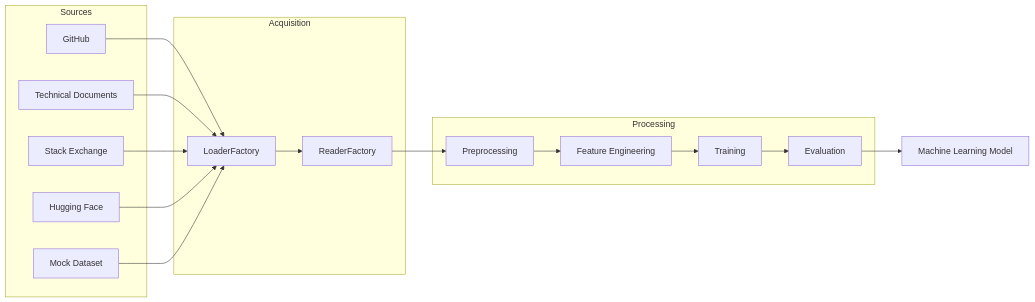
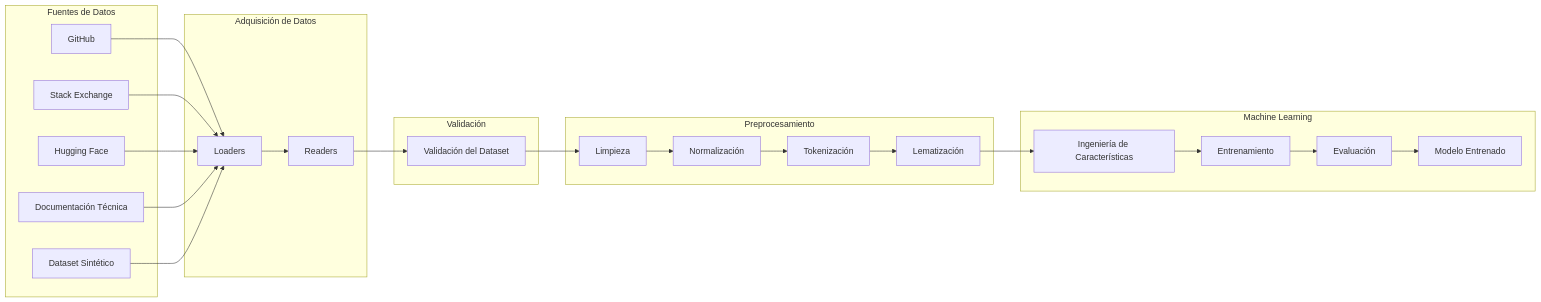
The first of 2 diagrams in src/data_science/README.md (jriojac/techmind), drawn with Mermaid before and after one commit. The commit also changed other lines of this file and 4 other files, not shown here.

Commit message:
docs: actualizar documentación del Sprint DS-04

````diff
--- a/src/data_science/README.md
+++ b/src/data_science/README.md
@@ -31,43 +59,53 @@
 ```mermaid
 flowchart LR
 
-    subgraph Sources
-        GitHubSource["GitHub"]
-        TechnicalDocumentsSource["Technical Documents"]
-        StackExchangeSource["Stack Exchange"]
-        HuggingFaceSource["Hugging Face"]
-        MockDatasetSource["Mock Dataset"]
+    subgraph DataSources["Fuentes de Datos"]
+        GitHub["GitHub"]
+        StackExchange["Stack Exchange"]
+        HuggingFace["Hugging Face"]
+        TechnicalDocs["Documentación Técnica"]
+        Synthetic["Dataset Sintético"]
     end
 
-    subgraph Acquisition
-        ReaderFactory["ReaderFactory"]
-        LoaderFactory["LoaderFactory"]
+    subgraph Acquisition["Adquisición de Datos"]
+        Loaders["Loaders"]
+        Readers["Readers"]
     end
 
-    subgraph Processing
-        Preprocessing["Preprocessing"]
-        FeatureEngineering["Feature Engineering"]
-        Training["Training"]
-        Evaluation["Evaluation"]
+    subgraph Validation["Validación"]
+        DatasetValidation["Validación del Dataset"]
     end
 
-    MachineLearningModel["Machine Learning Model"]
+    subgraph Preprocessing["Preprocesamiento"]
+        Cleaning["Limpieza"]
+        Normalization["Normalización"]
+        Tokenization["Tokenización"]
+        Lemmatization["Lematización"]
+    end
 
-    GitHubSource --> LoaderFactory
-    TechnicalDocumentsSource --> LoaderFactory
-    StackExchangeSource --> LoaderFactory
-    HuggingFaceSource --> LoaderFactory
-    MockDatasetSource --> LoaderFactory
+    subgraph Training["Machine Learning"]
+        FeatureEngineering["Ingeniería de Características"]
+        ModelTraining["Entrenamiento"]
+        ModelEvaluation["Evaluación"]
+        TrainedModel["Modelo Entrenado"]
+    end
 
-    LoaderFactory --> ReaderFactory
+    GitHub --> Loaders
+    StackExchange --> Loaders
+    HuggingFace --> Loaders
+    TechnicalDocs --> Loaders
+    Synthetic --> Loaders
 
-    ReaderFactory --> Preprocessing
+    Loaders --> Readers
+    Readers --> DatasetValidation
 
-    Preprocessing --> FeatureEngineering
+    DatasetValidation --> Cleaning
+    Cleaning --> Normalization
+    Normalization --> Tokenization
+    Tokenization --> Lemmatization
 
-    FeatureEngineering --> Training
-
-    Training --> Evaluation
-
-    Evaluation --> MachineLearningModel
+    Lemmatization --> FeatureEngineering
+    FeatureEngineering --> ModelTraining
+    ModelTraining --> ModelEvaluation
+    ModelEvaluation --> TrainedModel
 ```
````
